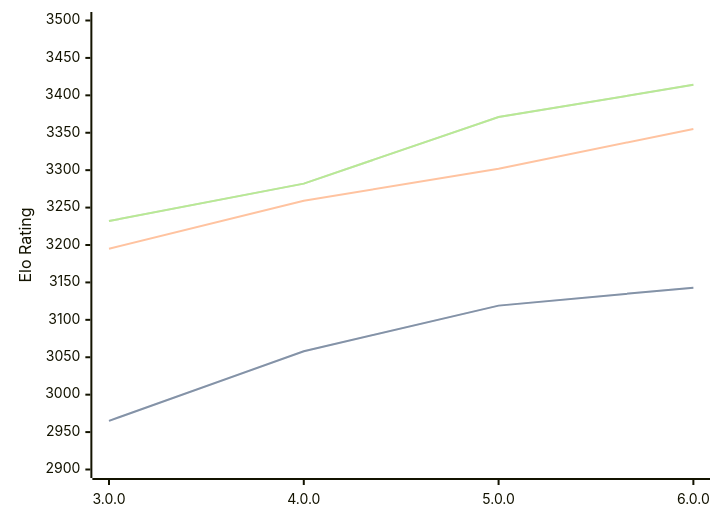
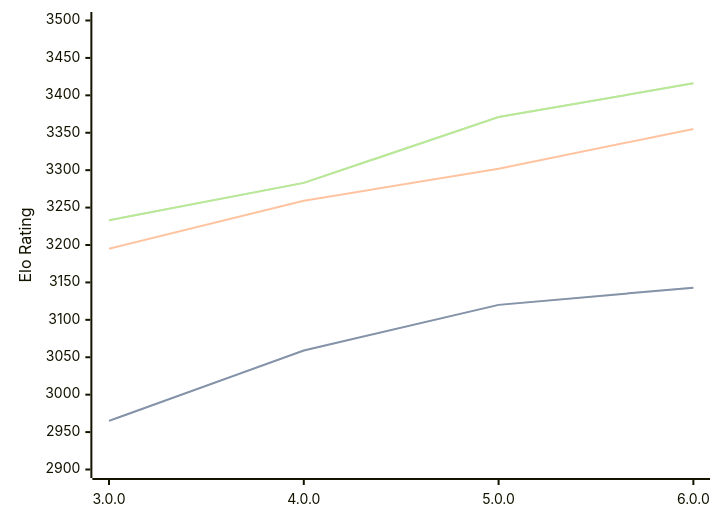
One commit to computer-chess-index/cci changed the diagram in engines/Minke.md. Above: the diagram before and after it, drawn with Mermaid. The commit also changed other lines of this file, not shown here.

Commit message:
Update CCI Ratings (ELO VLTC) - 2026-07-19

````diff
--- a/engines/Minke.md
+++ b/engines/Minke.md
@@ -36,11 +36,11 @@
 ```mermaid
 %%{init: {"theme":"base","themeVariables":{"seriesColors:['#a3a3a3','#222221','#faa371']}}}%%
 xychart-beta
   x-axis ["3.0.0", "4.0.0", "5.0.0", "6.0.0"]
   y-axis "Elo Rating" 2900 --> 3500
-  line "STC (8.0+0.08s)" [2965, 3058, 3119, 3143]
-  line "STC (8.0+0.08s)" [2965, 3058, 3119, 3143]
+  line "STC (8.0+0.08s)" [2965, 3059, 3120, 3143]
+  line "STC (8.0+0.08s)" [2965, 3059, 3120, 3143]
   line "LTC (60.0+0.60s)" [3195, 3259, 3302, 3355]
-  line "VLTC (2m24s+1.12s)" [3232, 3282, 3371, 3414]
-  line "VLTC (2m24s+1.12s)" [3232, 3282, 3371, 3414]
+  line "VLTC (2m24s+1.12s)" [3233, 3283, 3371, 3416]
+  line "VLTC (2m24s+1.12s)" [3233, 3283, 3371, 3416]
 ```
````
